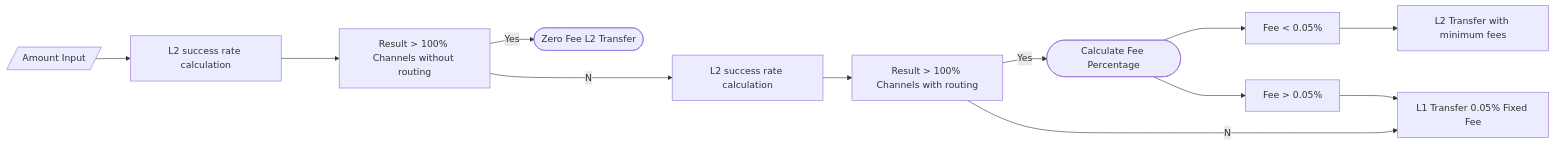
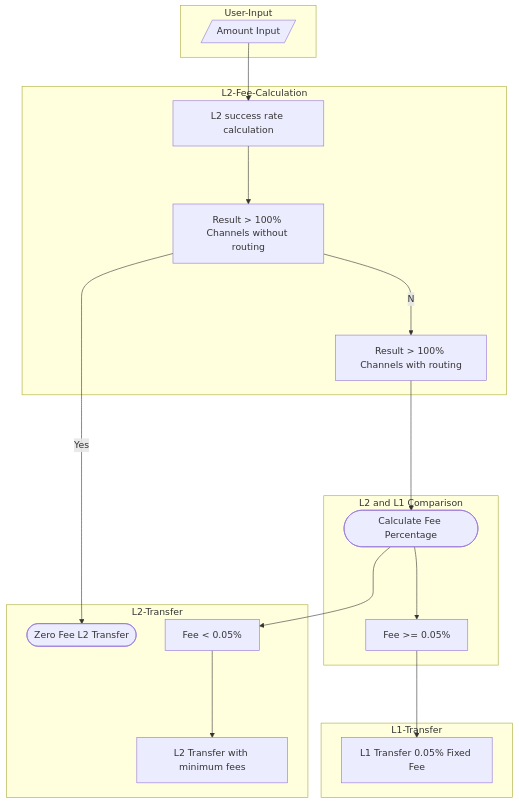
The diagram in README.md (viralfoundation/Technical-Whitepaper-LaTeX), drawn with Mermaid before and after one commit.

Commit message:
Commit #6

````diff
--- a/README.md
+++ b/README.md
@@ -651,18 +651,34 @@
 ```mermaid
 
-flowchart LR
+flowchart TB
 
+   subgraph User-Input
+    A[/Amount Input /]
+    end
+    subgraph L2-Fee-Calculation 
+    A --> B[L2 success rate calculation]
+    B ---> C[Result > 100% Channels without routing]
+    C --No--> E[Result > 100% Channels with routing]
+    end
+    subgraph L2-Transfer
+    C --Yes--> D([Zero Fee L2 Transfer])
+    I ---> K[L2 Transfer with minimum fees]
+    end
+    subgraph L2 and L1 Comparison
+    E ----> G([Calculate Fee Percentage])
+    G --->J[Fee >= 0.05%]
+    G --->I[Fee < 0.05%]
+    end
+    subgraph L1-Transfer
+    
+    J ---> H[L1 Transfer 0.05% Fixed Fee]
+    end
+    
+    
+    
+  
+    
 
-    A[/Amount Input /] --> B[L2 success rate calculation]
-    B ---> C[Result > 100% Channels without routing]
-    C --Yes--> D([Zero Fee L2 Transfer])
-    C --No--> E[L2 success rate calculation]
-    E-->F[Result > 100% Channels with routing]
-    F --Yes--> G([Calculate Fee Percentage])
-    F --No--> H[L1 Transfer 0.05% Fixed Fee]
-    G --->I[Fee < 0.05%]
-    G --->J[Fee > 0.05%]
-    I ---> K[L2 Transfer with minimum fees]
-    J ---> H[L1 Transfer 0.05% Fixed Fee]
+  
 
 ```
````
